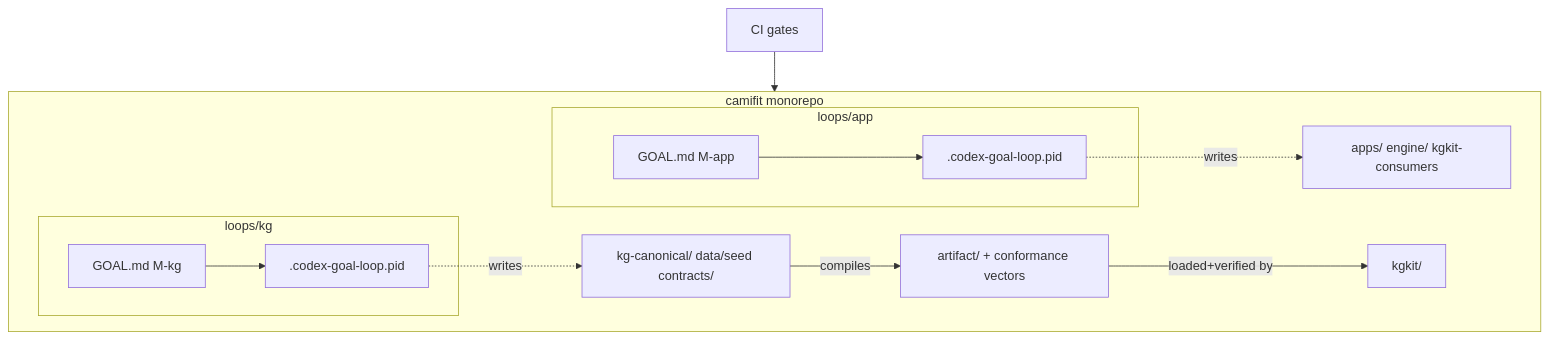
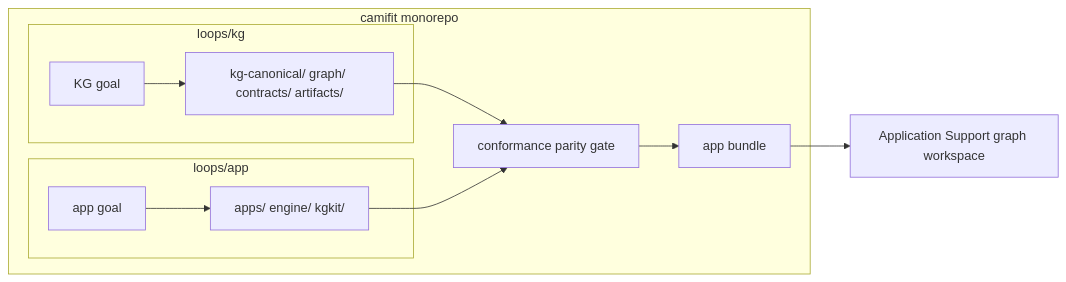
The ninth of 12 diagrams in docs/design/2026-06-04-camifit-fitgraph-synthesis.md (jakekinchen/momentum), drawn with Mermaid before and after one commit. The commit also changed other lines of this file, not shown here.

First line of the commit message:
docs: evolve synthesis plan — immutable-base/overlay model + monorepo package topology

````diff
--- a/docs/design/2026-06-04-camifit-fitgraph-synthesis.md
+++ b/docs/design/2026-06-04-camifit-fitgraph-synthesis.md
@@ -934,16 +1012,15 @@
 ```mermaid
-flowchart TB
-  subgraph repo[camifit monorepo]
-    subgraph appL[loops/app]
-      AG[GOAL.md M-app] --> APID[.codex-goal-loop.pid]
+flowchart LR
+  subgraph REPO["camifit monorepo"]
+    subgraph KG["loops/kg"]
+      KGG["KG goal"] --> KGC["kg-canonical/ graph/ contracts/ artifacts/"]
     end
-    subgraph kgL[loops/kg]
-      KG[GOAL.md M-kg] --> KPID[.codex-goal-loop.pid]
+    subgraph APP["loops/app"]
+      APPG["app goal"] --> APPC["apps/ engine/ kgkit/"]
     end
-    APID -.writes.-> APPS[apps/ engine/ kgkit-consumers]
-    KPID -.writes.-> KGC[kg-canonical/ data/seed contracts/]
-    KGC -->|compiles| ART[artifact/ + conformance vectors]
-    ART -->|loaded+verified by| KGK[kgkit/]
+    KGC --> PARITY["conformance parity gate"]
+    APPC --> PARITY
+    PARITY --> SHIP["app bundle"]
   end
-  CI[CI gates] --> repo
+  SHIP --> AS["Application Support graph workspace"]
 ```
````
